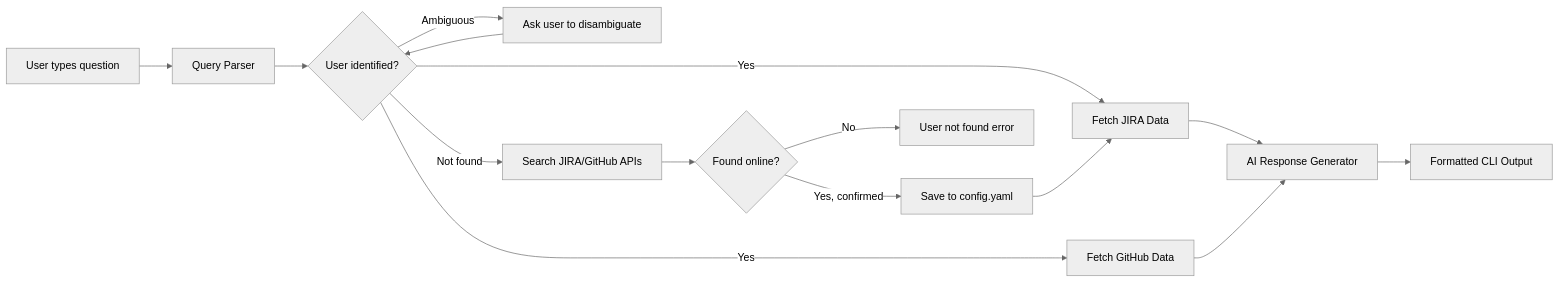
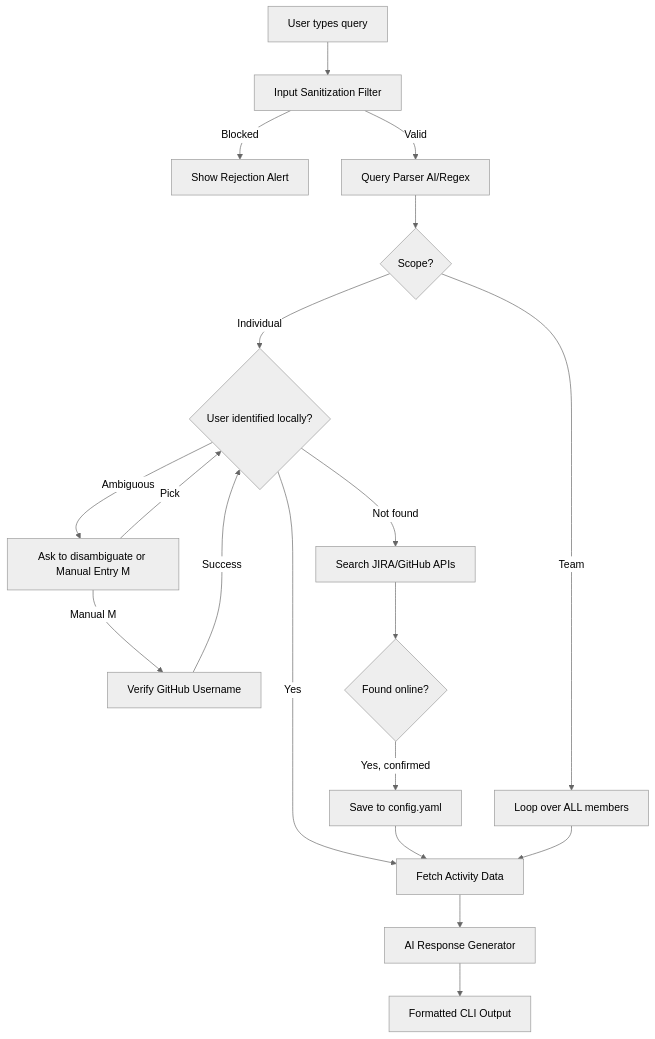
Before and after one commit to googleknight/team-activity-monitor: the first of 4 diagrams in docs/tech-specs.md, drawn with Mermaid (neutral theme). The commit also changed other lines of this file and 2 other files, not shown here.

Commit message:
feat: Document CLI features and security safeguards in a new file, update tech specs with security flow and team query details, and add team-wide query examples to the README.

````diff
--- a/docs/tech-specs.md
+++ b/docs/tech-specs.md
@@ -33,17 +34,21 @@
 ```mermaid
-flowchart LR
-    A[User types question] --> B[Query Parser]
-    B --> C{User identified?}
-    C -->|Yes| D[Fetch JIRA Data]
-    C -->|Yes| E[Fetch GitHub Data]
-    C -->|Ambiguous| F[Ask user to disambiguate]
-    C -->|Not found| G[Search JIRA/GitHub APIs]
-    F --> C
+flowchart TD
+    A[User types query] --> S[Input Sanitization Filter]
+    S -->|Blocked| EB[Show Rejection Alert]
+    S -->|Valid| B[Query Parser AI/Regex]
+    B --> C{Scope?}
+    C -->|Team| T[Loop over ALL members]
+    C -->|Individual| I{User identified locally?}
+    I -->|Yes| D[Fetch Activity Data]
+    I -->|Ambiguous| F[Ask to disambiguate or Manual Entry M]
+    I -->|Not found| G[Search JIRA/GitHub APIs]
+    F -->|Pick| I
+    F -->|Manual M| M[Verify GitHub Username]
+    M -->|Success| I
     G --> H{Found online?}
-    H -->|Yes, confirmed| I[Save to config.yaml]
-    I --> D
-    H -->|No| J[User not found error]
+    H -->|Yes, confirmed| SV[Save to config.yaml]
+    SV --> D
+    T --> D
     D --> K[AI Response Generator]
-    E --> K
     K --> L[Formatted CLI Output]
 ```
````
